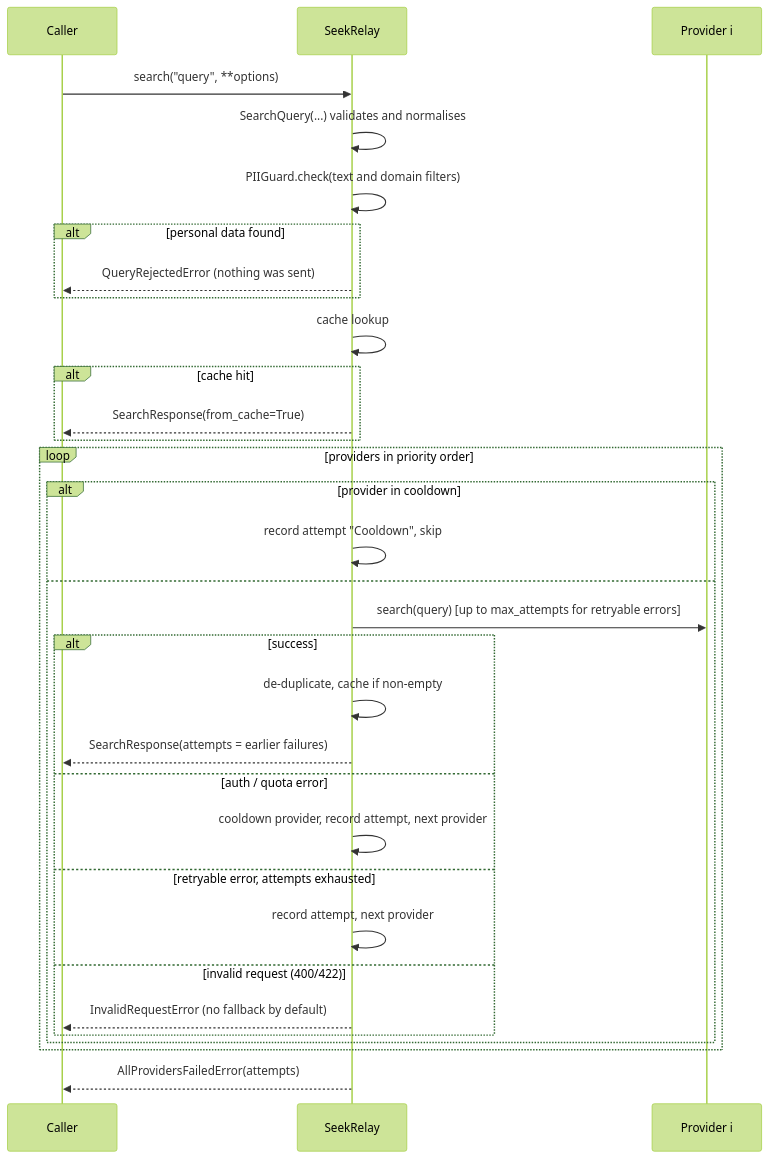
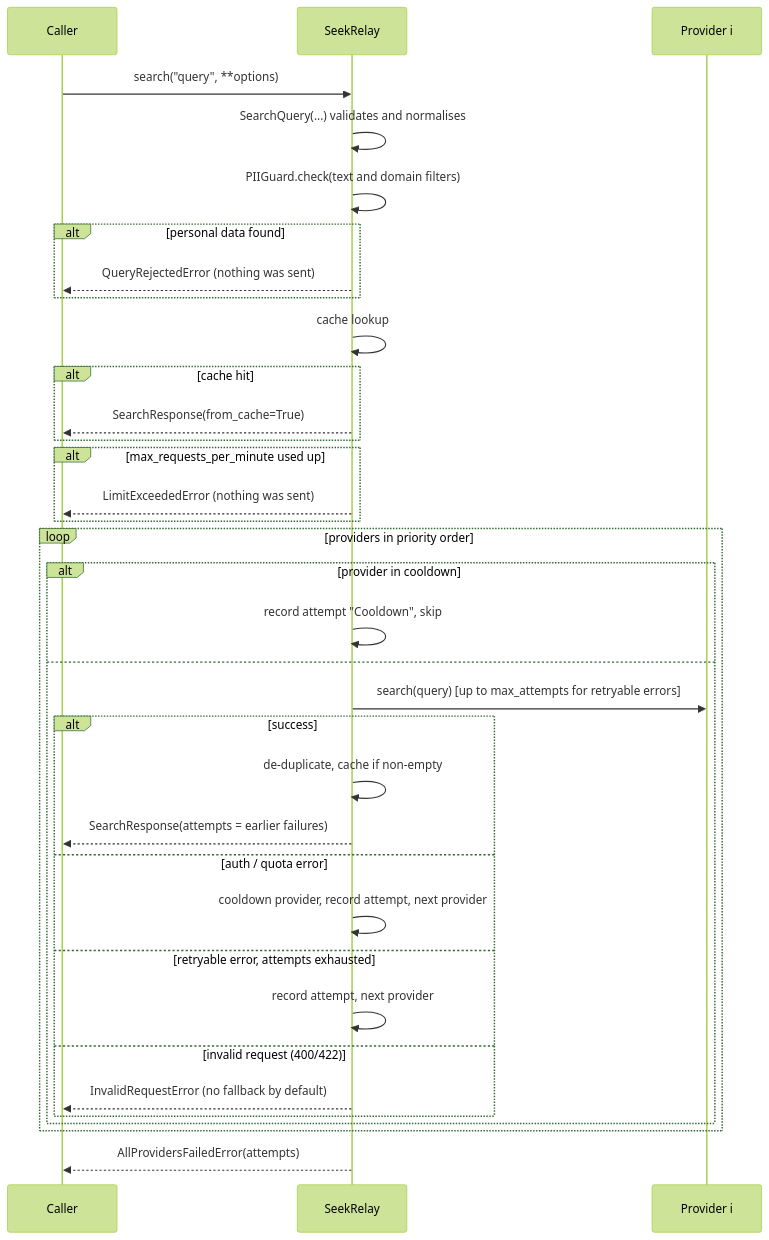
One commit to MaksicosUA/SeekRelay changed the second of 2 diagrams in docs/ARCHITECTURE.md. Above: the diagram before and after it, drawn with Mermaid (forest theme). The commit also changed other lines of this file and 30 other files, not shown here.

````diff
--- a/docs/ARCHITECTURE.md
+++ b/docs/ARCHITECTURE.md
@@ -49,34 +52,37 @@
 ```mermaid
 sequenceDiagram
     participant C as Caller
     participant G as SeekRelay
     participant P as Provider i
     C->>G: search("query", **options)
     G->>G: SearchQuery(...) validates and normalises
     G->>G: PIIGuard.check(text and domain filters)
     alt personal data found
         G-->>C: QueryRejectedError (nothing was sent)
     end
     G->>G: cache lookup
     alt cache hit
         G-->>C: SearchResponse(from_cache=True)
+    end
+    alt max_requests_per_minute used up
+        G-->>C: LimitExceededError (nothing was sent)
     end
     loop providers in priority order
         alt provider in cooldown
             G->>G: record attempt "Cooldown", skip
         else
             G->>P: search(query)  [up to max_attempts for retryable errors]
             alt success
                 G->>G: de-duplicate, cache if non-empty
                 G-->>C: SearchResponse(attempts = earlier failures)
             else auth / quota error
                 G->>G: cooldown provider, record attempt, next provider
             else retryable error, attempts exhausted
                 G->>G: record attempt, next provider
             else invalid request (400/422)
                 G-->>C: InvalidRequestError (no fallback by default)
             end
         end
     end
     G-->>C: AllProvidersFailedError(attempts)
 ```
````
